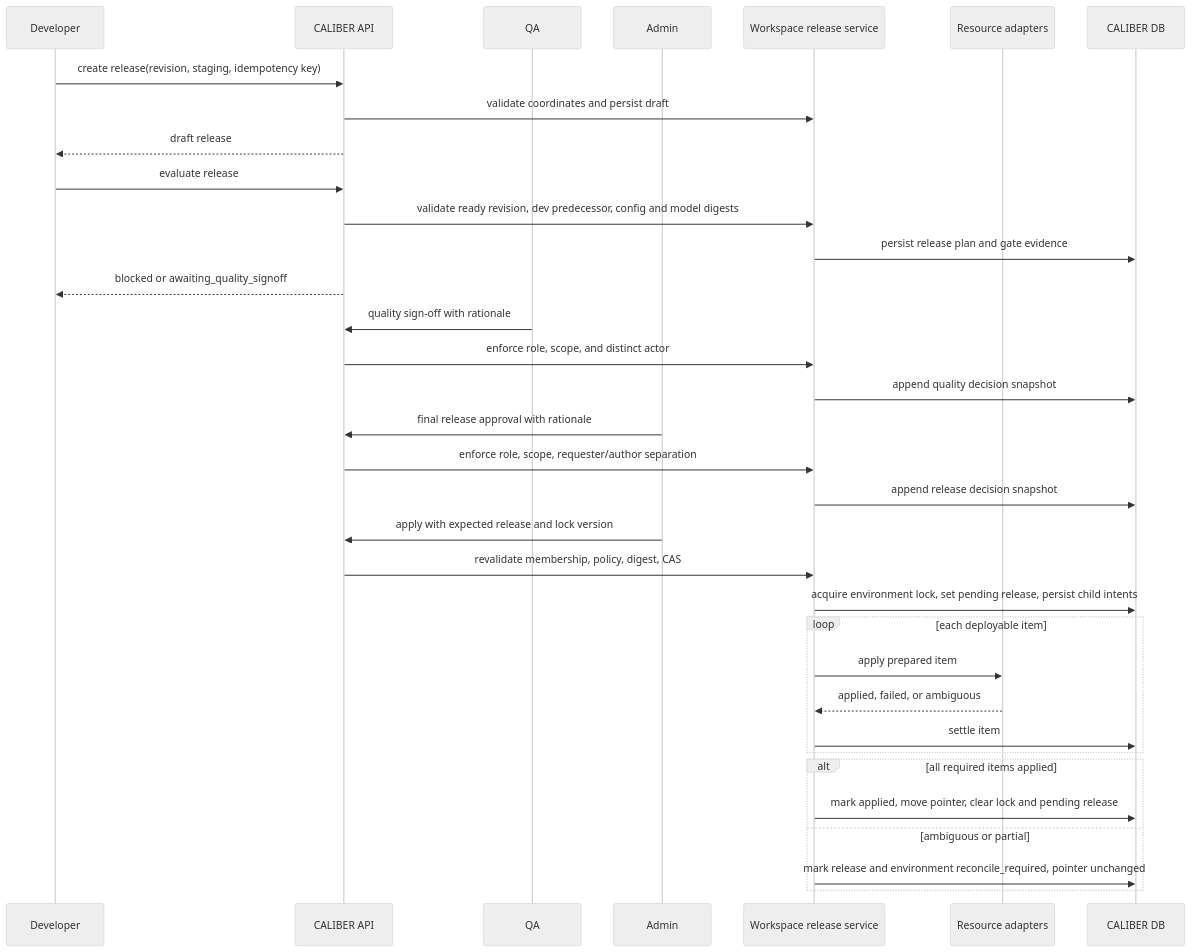
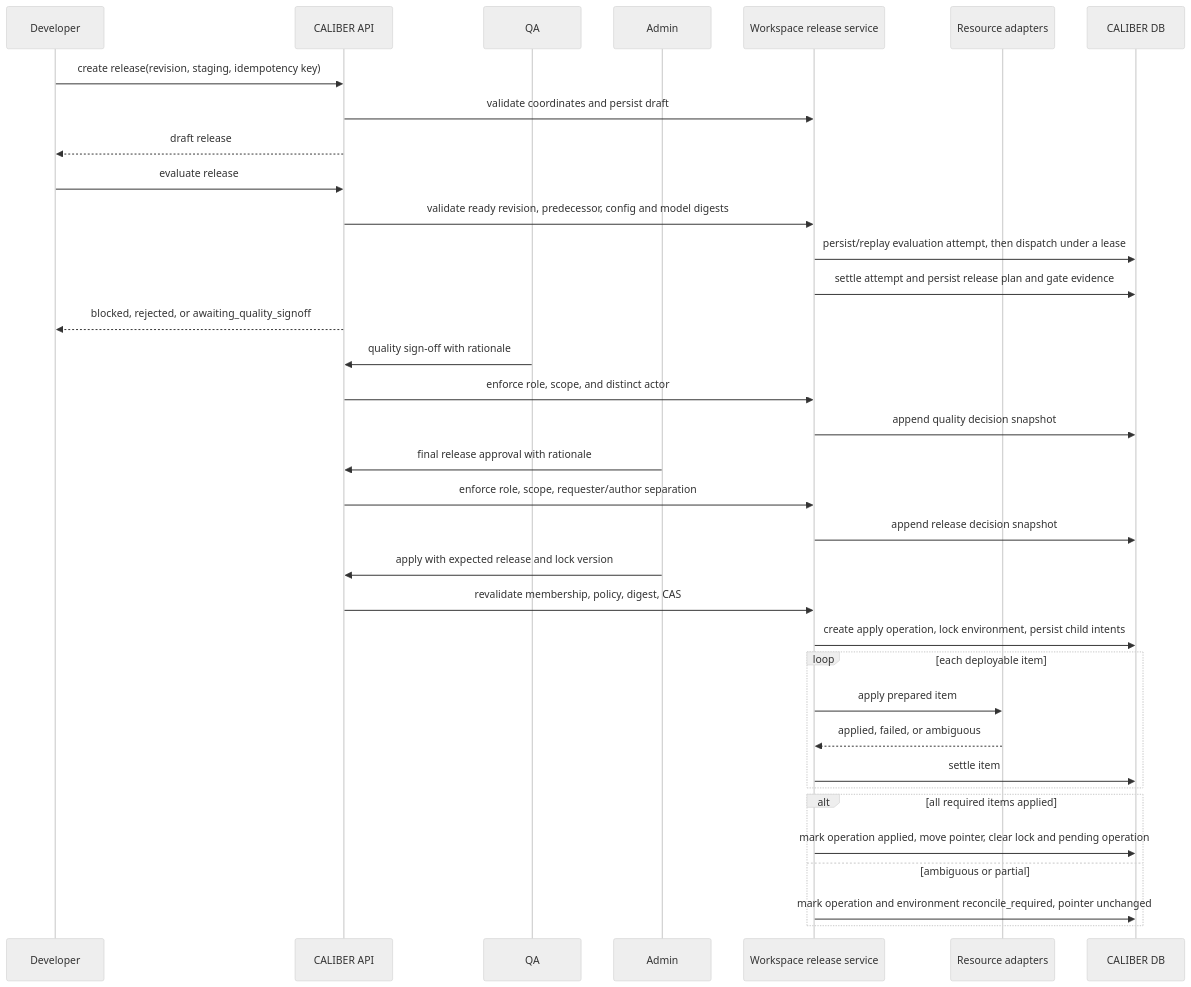
Before and after one commit to rrahimi-uci/caliber-suite: the ninth of 12 diagrams in docs/workspace-plan.md, drawn with Mermaid (neutral theme). The commit also changed other lines of this file, not shown here.

Commit message:
docs: correct workspace plan feasibility contracts

````diff
--- a/docs/workspace-plan.md
+++ b/docs/workspace-plan.md
@@ -1572,37 +1886,38 @@
 ```mermaid
 sequenceDiagram
     participant E as Developer
     participant API as CALIBER API
     participant R as QA
     participant O as Admin
     participant RS as Workspace release service
     participant A as Resource adapters
     participant DB as CALIBER DB
 
     E->>API: create release(revision, staging, idempotency key)
     API->>RS: validate coordinates and persist draft
     API-->>E: draft release
     E->>API: evaluate release
-    API->>RS: validate ready revision, dev predecessor, config and model digests
-    RS->>DB: persist release plan and gate evidence
-    API-->>E: blocked or awaiting_quality_signoff
+    API->>RS: validate ready revision, predecessor, config and model digests
+    RS->>DB: persist/replay evaluation attempt, then dispatch under a lease
+    RS->>DB: settle attempt and persist release plan and gate evidence
+    API-->>E: blocked, rejected, or awaiting_quality_signoff
     R->>API: quality sign-off with rationale
     API->>RS: enforce role, scope, and distinct actor
     RS->>DB: append quality decision snapshot
     O->>API: final release approval with rationale
     API->>RS: enforce role, scope, requester/author separation
     RS->>DB: append release decision snapshot
     O->>API: apply with expected release and lock version
     API->>RS: revalidate membership, policy, digest, CAS
-    RS->>DB: acquire environment lock, set pending release, persist child intents
+    RS->>DB: create apply operation, lock environment, persist child intents
     loop each deployable item
         RS->>A: apply prepared item
         A-->>RS: applied, failed, or ambiguous
         RS->>DB: settle item
     end
     alt all required items applied
-        RS->>DB: mark applied, move pointer, clear lock and pending release
+        RS->>DB: mark operation applied, move pointer, clear lock and pending operation
     else ambiguous or partial
-        RS->>DB: mark release and environment reconcile_required, pointer unchanged
+        RS->>DB: mark operation and environment reconcile_required, pointer unchanged
     end
 ```
````
